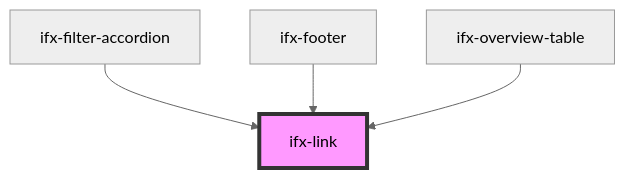
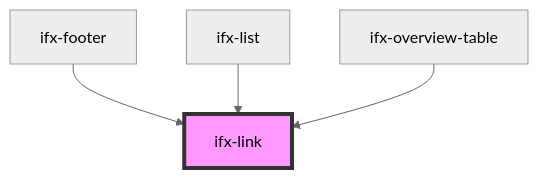
One commit to Infineon/infineon-design-system-stencil changed the diagram in packages/components/src/components/link/readme.md. Above: the diagram before and after it, drawn with Mermaid (neutral theme). The commit also changed other lines of this file and 18 other files, not shown here.

Commit message:
restructured filter component + created new list component to be used within (but also as standalone)

````diff
--- a/packages/components/src/components/link/readme.md
+++ b/packages/components/src/components/link/readme.md
@@ -28,7 +28,7 @@
 ```mermaid
 graph TD;
-  ifx-filter-accordion --> ifx-link
   ifx-footer --> ifx-link
+  ifx-list --> ifx-link
   ifx-overview-table --> ifx-link
   style ifx-link fill:#f9f,stroke:#333,stroke-width:4px
 ```
````
